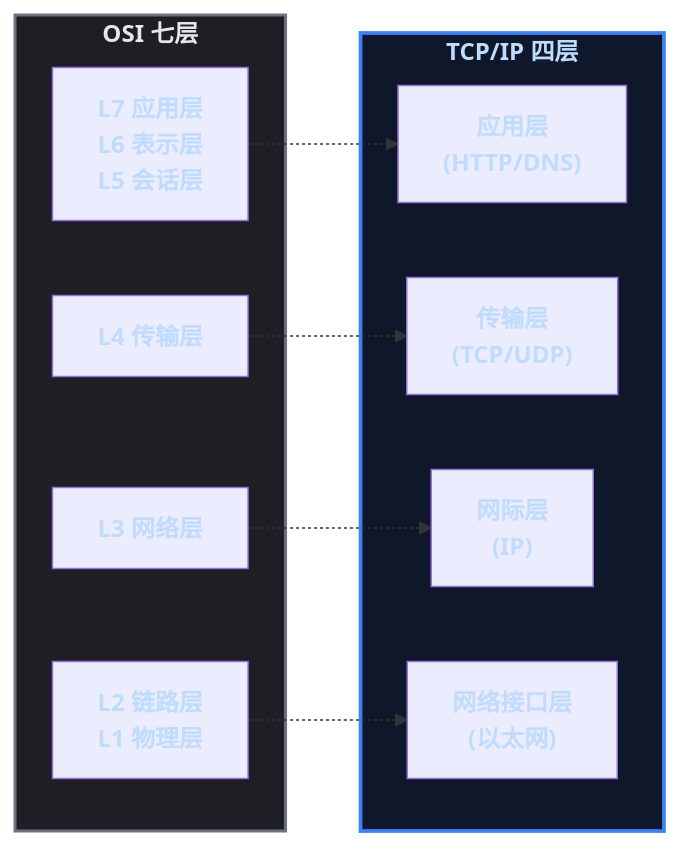
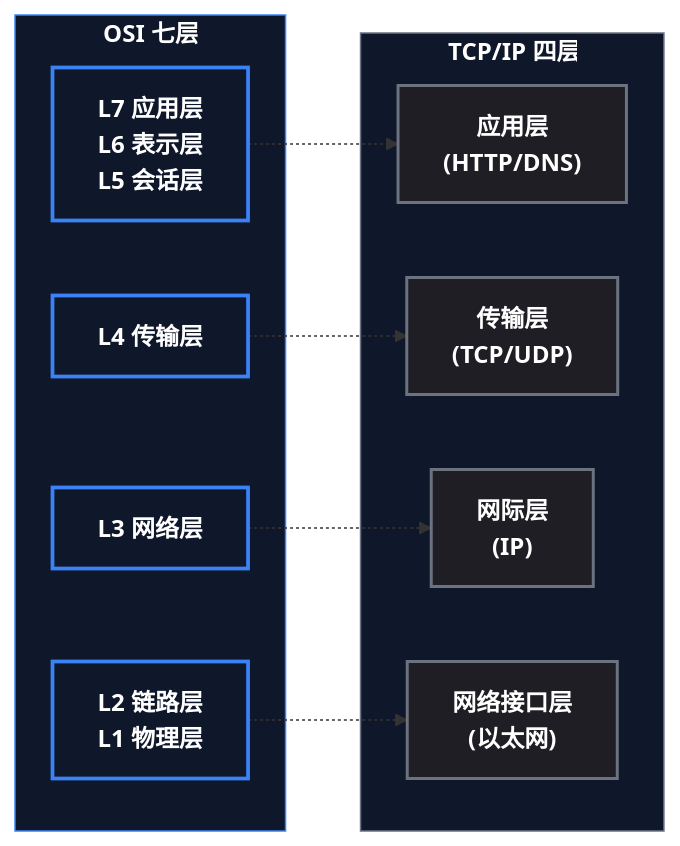
The first of 4 diagrams in content/posts/kubernetes/K8sNetworkLayeringMap.md (yaocat55/yaocat55.github.io), drawn with Mermaid before and after one commit. The commit also changed other lines of this file, not shown here.

Commit message:
docs: 网络分层篇全部 Mermaid 改为 style 强制深底白字(classDef 在部分渲染器失效导致白底浅字)

````diff
--- a/content/posts/kubernetes/K8sNetworkLayeringMap.md
+++ b/content/posts/kubernetes/K8sNetworkLayeringMap.md
@@ -66,27 +66,32 @@
 ```mermaid
-%% OSI 七层 与 TCP/IP 四层 的对应关系
+%% OSI 七层 与 TCP/IP 四层 的对应关系 (style 强制深底白字)
 flowchart LR
-    classDef root fill:#0f172a,stroke:#3b82f6,stroke-width:2.5px,color:#bfdbfe,font-weight:bold;
-    classDef process fill:#1e1e24,stroke:#6b7280,stroke-width:2px,color:#e5e7eb;
-
     subgraph OSI["OSI 七层"]
         A7["L7 应用层<br/>L6 表示层<br/>L5 会话层"]
         A4["L4 传输层"]
         A3["L3 网络层"]
         A2["L2 链路层<br/>L1 物理层"]
     end
     subgraph TCPIP["TCP/IP 四层"]
         B4["应用层<br/>(HTTP/DNS)"]
         B3["传输层<br/>(TCP/UDP)"]
         B2["网际层<br/>(IP)"]
         B1["网络接口层<br/>(以太网)"]
     end
 
     A7 -.-> B4
     A4 -.-> B3
     A3 -.-> B2
     A2 -.-> B1
 
-    class OSI process;
-    class TCPIP root;
+    style A7 fill:#0f172a,stroke:#3b82f6,stroke-width:2.5px,color:#ffffff,font-weight:bold
+    style A4 fill:#0f172a,stroke:#3b82f6,stroke-width:2.5px,color:#ffffff,font-weight:bold
+    style A3 fill:#0f172a,stroke:#3b82f6,stroke-width:2.5px,color:#ffffff,font-weight:bold
+    style A2 fill:#0f172a,stroke:#3b82f6,stroke-width:2.5px,color:#ffffff,font-weight:bold
+    style B4 fill:#1e1e24,stroke:#6b7280,stroke-width:2px,color:#ffffff,font-weight:bold
+    style B3 fill:#1e1e24,stroke:#6b7280,stroke-width:2px,color:#ffffff,font-weight:bold
+    style B2 fill:#1e1e24,stroke:#6b7280,stroke-width:2px,color:#ffffff,font-weight:bold
+    style B1 fill:#1e1e24,stroke:#6b7280,stroke-width:2px,color:#ffffff,font-weight:bold
+    style OSI fill:#0f172a,stroke:#3b82f6,color:#ffffff,font-weight:bold
+    style TCPIP fill:#0f172a,stroke:#6b7280,color:#ffffff,font-weight:bold
 ```
````
